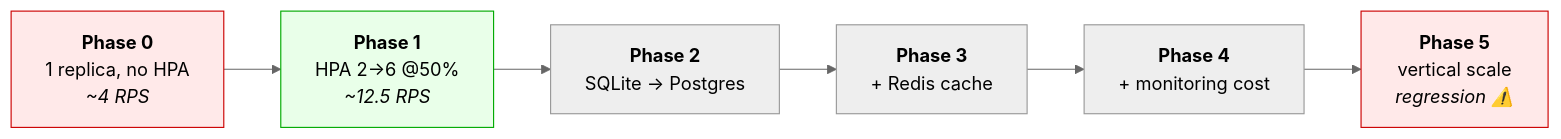
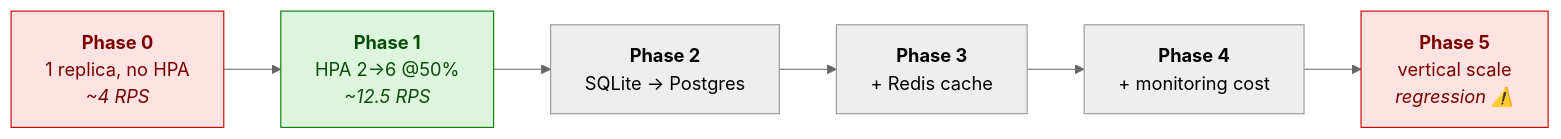
Before and after one commit to Ansh-dhanani/Distributed-system-load-analysis: the fifth of 8 diagrams in README.md, drawn with Mermaid (neutral theme).

Commit message:
docs: fix capacity-ladder node label contrast for dark theme
Explicit dark color: on the styled nodes so text stays readable on the
fixed light fills regardless of GitHub theme.

````diff
--- a/README.md
+++ b/README.md
@@ -161,15 +161,15 @@
 ```mermaid
 flowchart LR
     P0["<b>Phase 0</b><br/>1 replica, no HPA<br/><i>~4 RPS</i>"]
     P1["<b>Phase 1</b><br/>HPA 2→6 @50%<br/><i>~12.5 RPS</i>"]
     P2["<b>Phase 2</b><br/>SQLite → Postgres"]
     P3["<b>Phase 3</b><br/>+ Redis cache"]
     P4["<b>Phase 4</b><br/>+ monitoring cost"]
     P5["<b>Phase 5</b><br/>vertical scale<br/><i>regression ⚠️</i>"]
 
     P0 --> P1 --> P2 --> P3 --> P4 --> P5
 
-    style P0 fill:#ffe9e9,stroke:#c00
-    style P1 fill:#e9ffe9,stroke:#0a0
-    style P5 fill:#ffe9e9,stroke:#c00
+    style P0 fill:#ffe3e3,stroke:#cc0000,color:#7a0000
+    style P1 fill:#dcf5dc,stroke:#0a7d0a,color:#0a4d0a
+    style P5 fill:#ffe3e3,stroke:#cc0000,color:#7a0000
 ```
````
